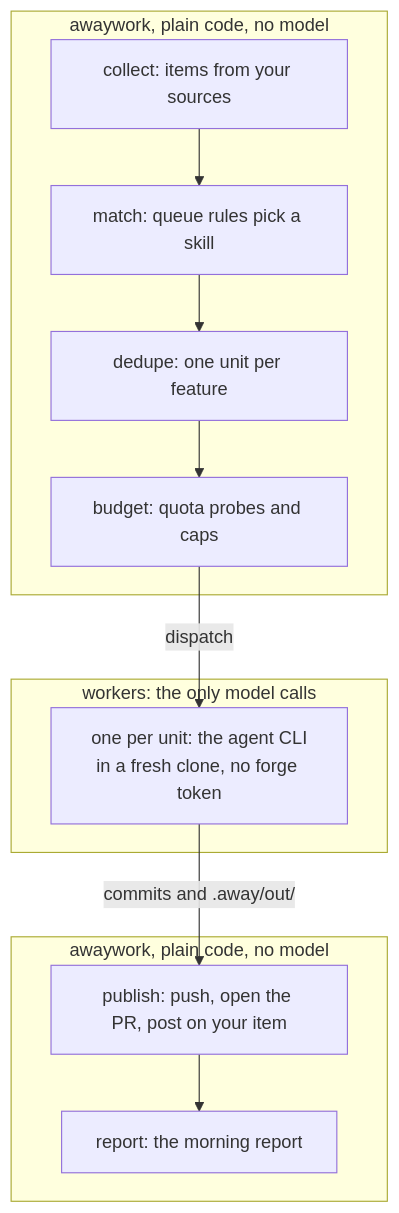
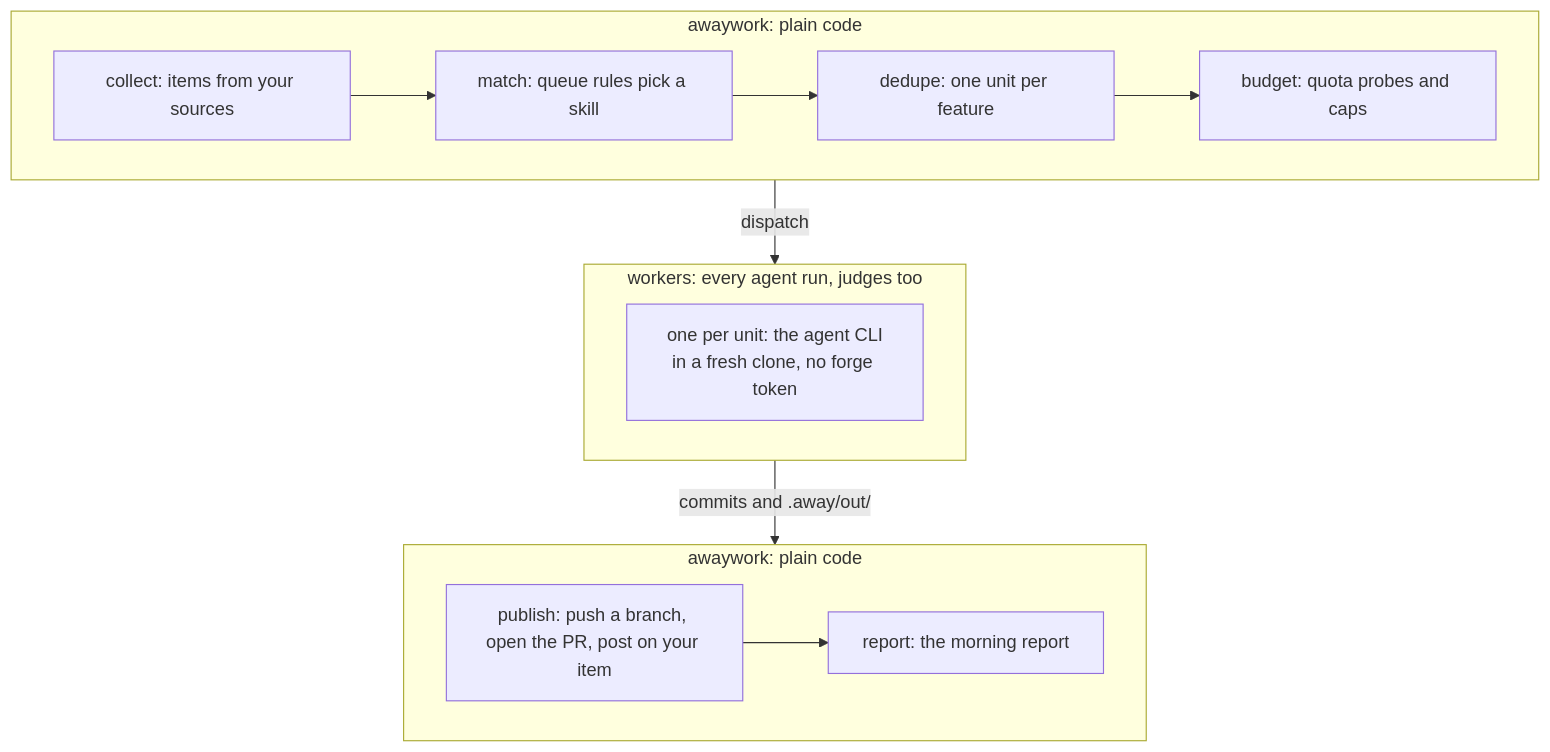
Before and after one commit to AndreaProvenzale/awaywork: the diagram in docs/guide/how-it-works.md, drawn with Mermaid. The commit also changed other lines of this file and 4 other files, not shown here.

Commit message:
Say where model calls run in the diagrams, and name the first-match exceptions

````diff
--- a/docs/guide/how-it-works.md
+++ b/docs/guide/how-it-works.md
@@ -9,20 +9,22 @@
 ```mermaid
 flowchart TD
-  subgraph before["awaywork, plain code, no model"]
+  subgraph before["awaywork: plain code"]
+    direction LR
     collect["collect: items from your sources"]
     match["match: queue rules pick a skill"]
     dedupe["dedupe: one unit per feature"]
     budget["budget: quota probes and caps"]
   end
-  subgraph workers["workers: the only model calls"]
+  subgraph workers["workers: every agent run, judges too"]
     worker["one per unit: the agent CLI<br/>in a fresh clone, no forge token"]
   end
-  subgraph after["awaywork, plain code, no model"]
-    publish["publish: push, open the PR, post on your item"]
+  subgraph after["awaywork: plain code"]
+    direction LR
+    publish["publish: push a branch, open the PR, post on your item"]
     report["report: the morning report"]
   end
   collect --> match --> dedupe --> budget
-  budget -- dispatch --> worker
-  worker -- "commits and .away/out/" --> publish
+  before -- dispatch --> workers
+  workers -- "commits and .away/out/" --> after
   publish --> report
 ```
````
